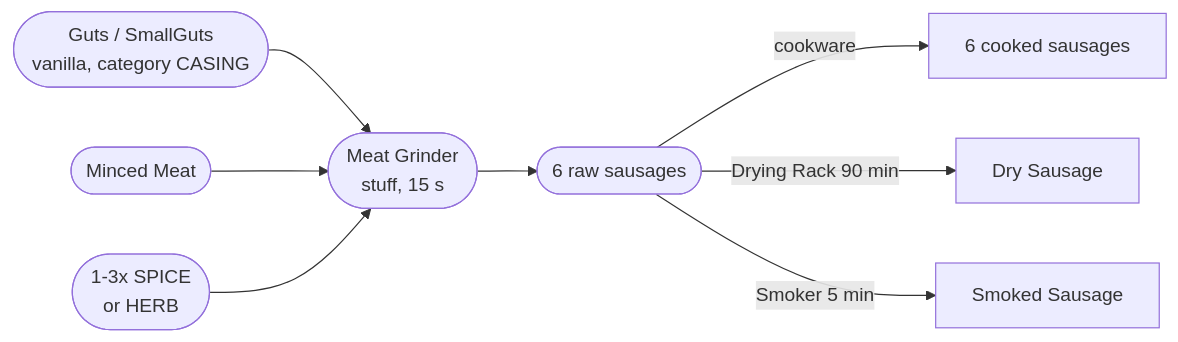
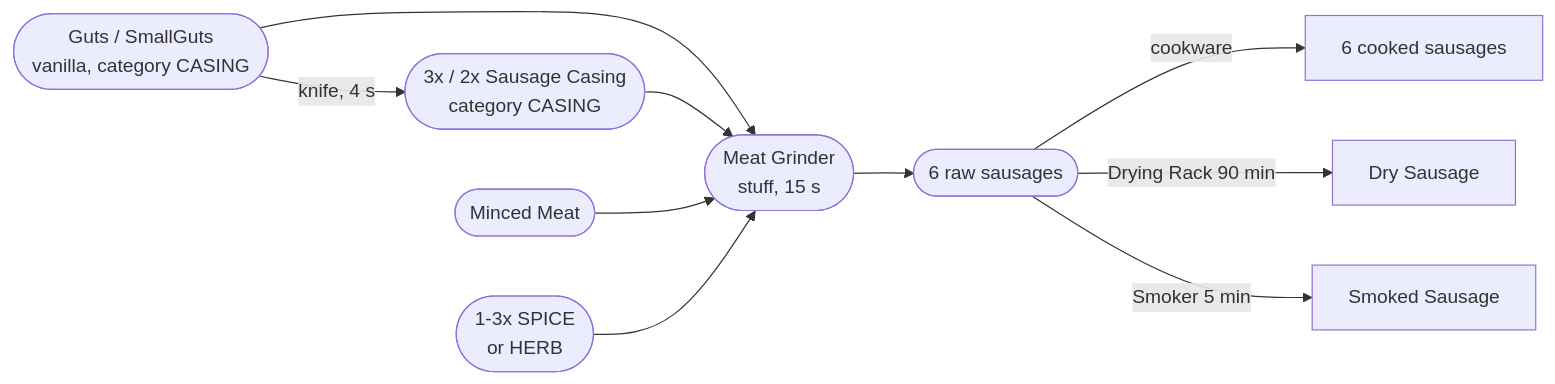
One commit to Psyern/Psyerns_ChefZ changed the eighth of 14 diagrams in ChefZ_Wiki/Production-Chains.md. Above: the diagram before and after it, drawn with Mermaid. The commit also changed other lines of this file and 68 other files, not shown here.

````diff
--- a/ChefZ_Wiki/Production-Chains.md
+++ b/ChefZ_Wiki/Production-Chains.md
@@ -280,11 +280,13 @@
 ```mermaid
 graph LR
   G(["Guts / SmallGuts<br/>vanilla, category CASING"]) --> SS
+  G -->|"knife, 4 s"| SC(["3x / 2x Sausage Casing<br/>category CASING"])
+  SC --> SS
   MM(["Minced Meat"]) --> SS
   SP(["1-3x SPICE<br/>or HERB"]) --> SS
   SS(["Meat Grinder<br/>stuff, 15 s"])
   SS --> RS(["6 raw sausages"])
   RS -->|"cookware"| CS["6 cooked sausages"]
   RS -->|"Drying Rack 90 min"| DS["Dry Sausage"]
   RS -->|"Smoker 5 min"| SM["Smoked Sausage"]
 ```
````
